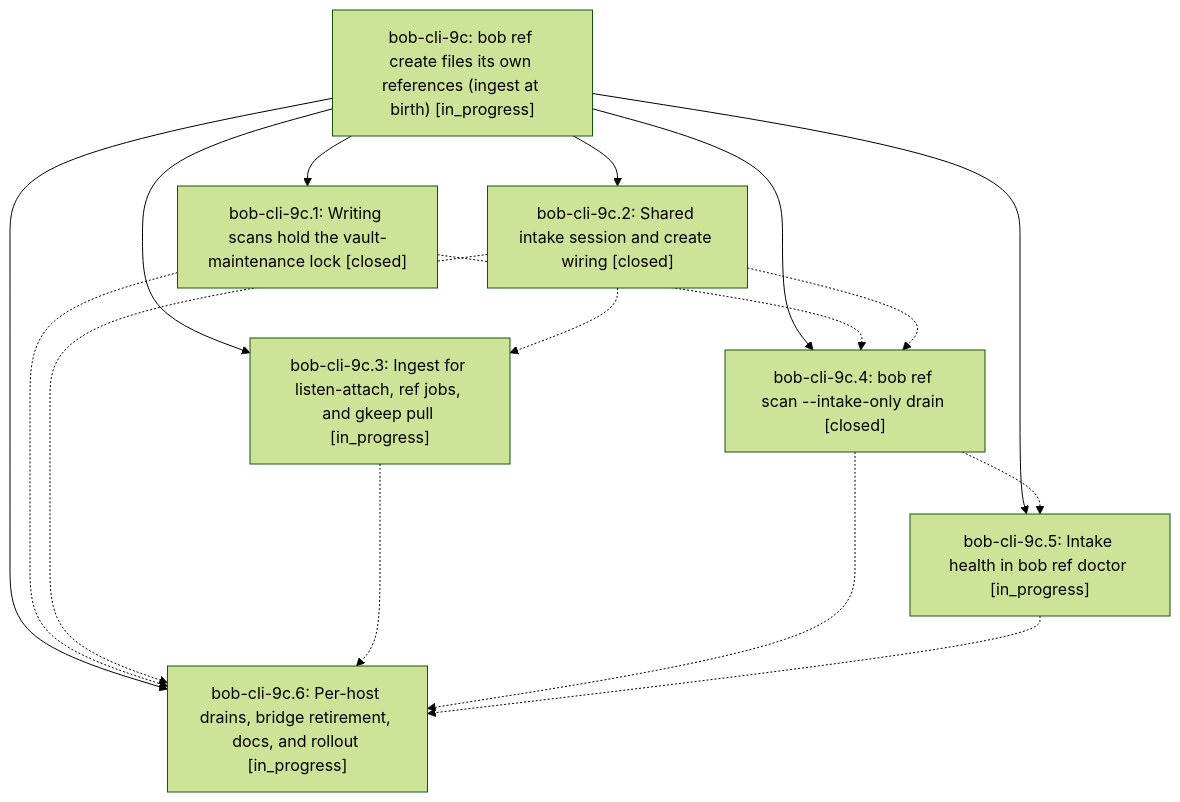
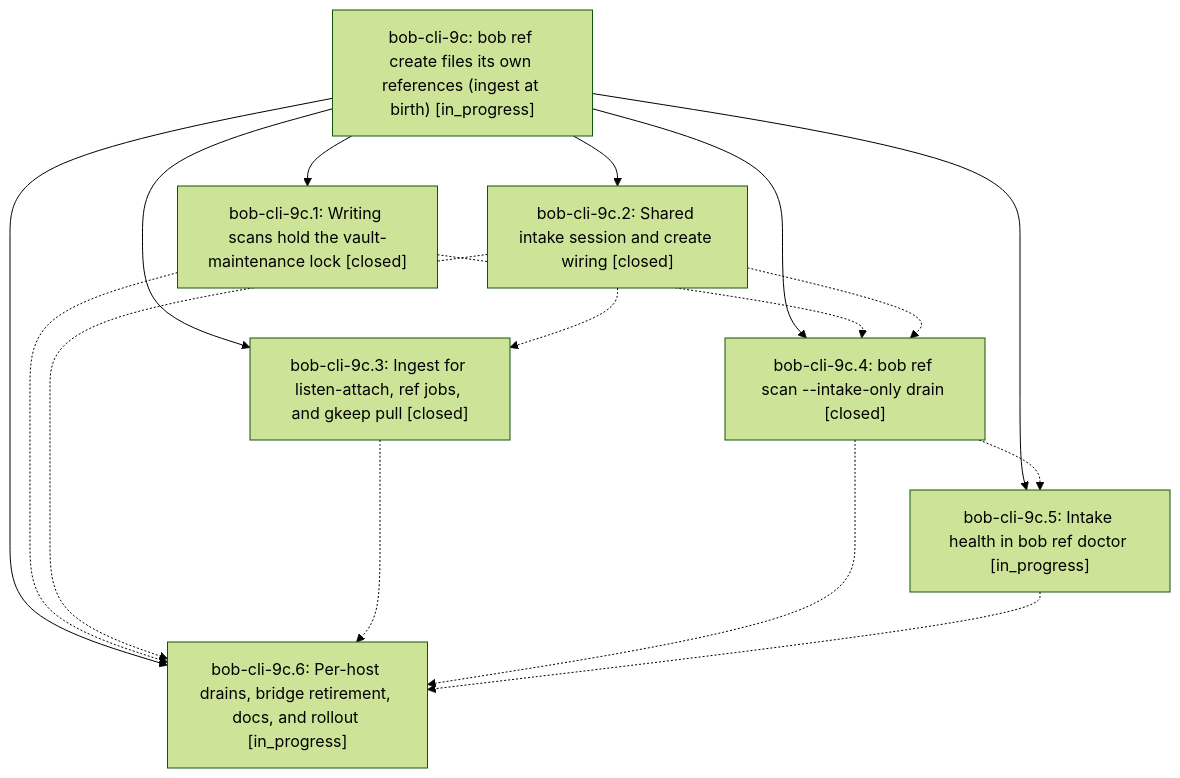
One commit to bobs-org/bob-cli--beads changed the diagram in pages/bob-cli-9c/README.md. Above: the diagram before and after it, drawn with Mermaid (forest theme). The commit also changed other lines of this file and 4 other files, not shown here.

First line of the commit message:
chore(beads): sync bead state and pages for bob-cli-9c

````diff
--- a/pages/bob-cli-9c/README.md
+++ b/pages/bob-cli-9c/README.md
@@ -27,25 +27,25 @@
 ```mermaid
 flowchart TD
     n0["bob-cli-9c: bob ref create files its own references (ingest at birth) [in_progress]"]
     n1["bob-cli-9c.1: Writing scans hold the vault-maintenance lock [closed]"]
     n2["bob-cli-9c.2: Shared intake session and create wiring [closed]"]
-    n3["bob-cli-9c.3: Ingest for listen-attach, ref jobs, and gkeep pull [in_progress]"]
+    n3["bob-cli-9c.3: Ingest for listen-attach, ref jobs, and gkeep pull [closed]"]
     n4["bob-cli-9c.4: bob ref scan --intake-only drain [closed]"]
     n5["bob-cli-9c.5: Intake health in bob ref doctor [in_progress]"]
     n6["bob-cli-9c.6: Per-host drains, bridge retirement, docs, and rollout [in_progress]"]
     n0 --> n1
     n0 --> n2
     n0 --> n3
     n0 --> n4
     n0 --> n5
     n0 --> n6
     n1 -.-> n4
     n1 -.-> n6
     n2 -.-> n3
     n2 -.-> n4
     n2 -.-> n6
     n3 -.-> n6
     n4 -.-> n5
     n4 -.-> n6
     n5 -.-> n6
 ```
````
